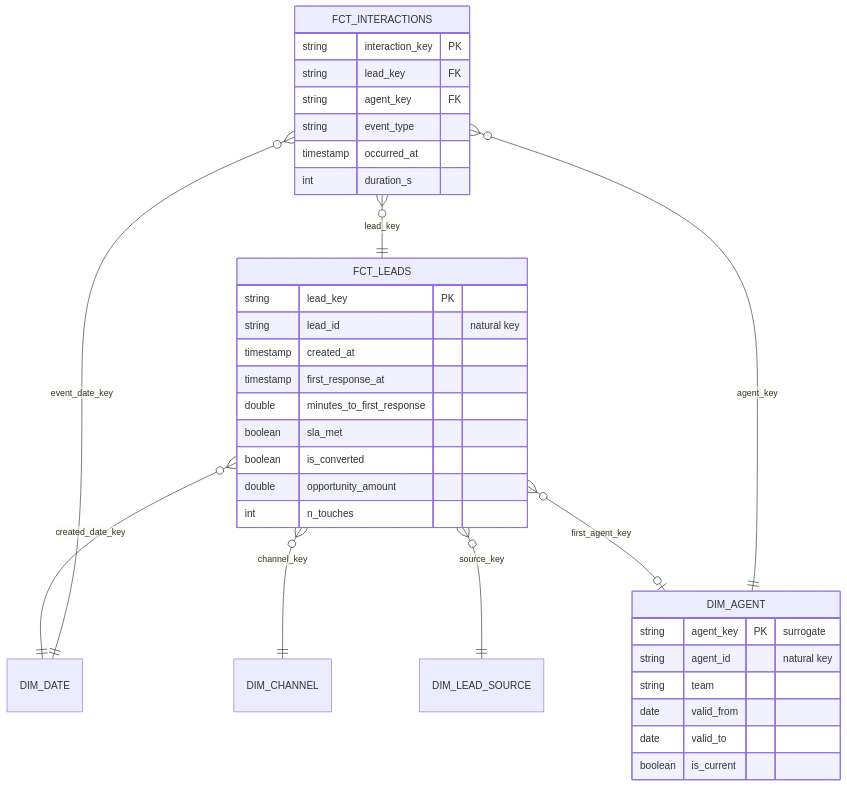
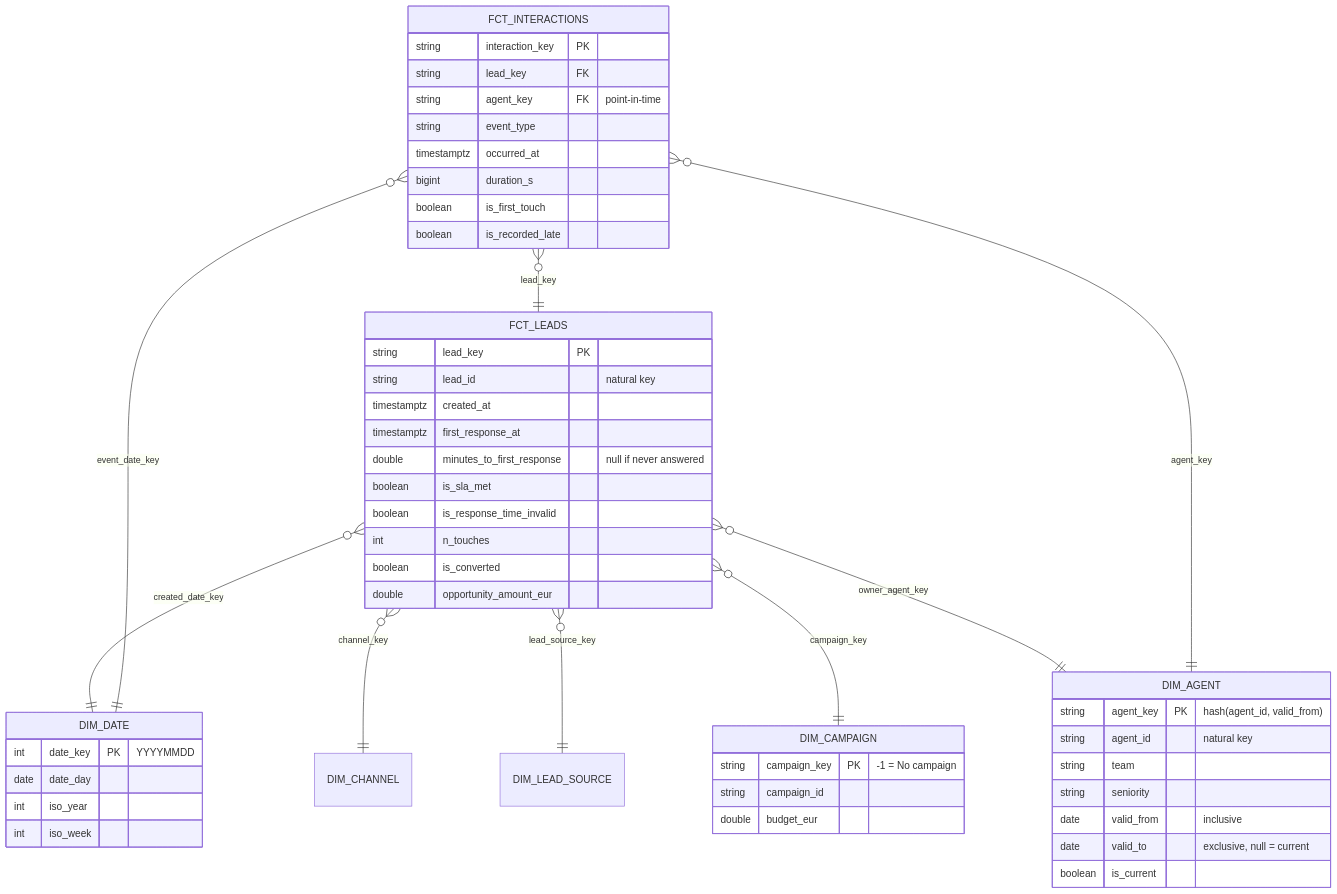
One commit to Andrielly-hsc/lead-funnel-analytics changed the second of 3 diagrams in docs/ARCHITECTURE.md. Above: the diagram before and after it, drawn with Mermaid. The commit also changed other lines of this file and 14 other files, not shown here.

````diff
--- a/docs/ARCHITECTURE.md
+++ b/docs/ARCHITECTURE.md
@@ -204,38 +207,54 @@
 ```mermaid
 erDiagram
     FCT_LEADS }o--|| DIM_DATE : created_date_key
     FCT_LEADS }o--|| DIM_CHANNEL : channel_key
-    FCT_LEADS }o--|| DIM_LEAD_SOURCE : source_key
-    FCT_LEADS }o--o| DIM_AGENT : first_agent_key
+    FCT_LEADS }o--|| DIM_LEAD_SOURCE : lead_source_key
+    FCT_LEADS }o--|| DIM_CAMPAIGN : campaign_key
+    FCT_LEADS }o--|| DIM_AGENT : owner_agent_key
     FCT_INTERACTIONS }o--|| FCT_LEADS : lead_key
     FCT_INTERACTIONS }o--|| DIM_AGENT : agent_key
     FCT_INTERACTIONS }o--|| DIM_DATE : event_date_key
 
     FCT_LEADS {
         string lead_key PK
         string lead_id "natural key"
-        timestamp created_at
-        timestamp first_response_at
-        double minutes_to_first_response
-        boolean sla_met
+        timestamptz created_at
+        timestamptz first_response_at
+        double minutes_to_first_response "null if never answered"
+        boolean is_sla_met
+        boolean is_response_time_invalid
+        int n_touches
         boolean is_converted
-        double opportunity_amount
-        int n_touches
+        double opportunity_amount_eur
     }
     FCT_INTERACTIONS {
         string interaction_key PK
         string lead_key FK
-        string agent_key FK
+        string agent_key FK "point-in-time"
         string event_type
-        timestamp occurred_at
-        int duration_s
+        timestamptz occurred_at
+        bigint duration_s
+        boolean is_first_touch
+        boolean is_recorded_late
     }
     DIM_AGENT {
-        string agent_key PK "surrogate"
+        string agent_key PK "hash(agent_id, valid_from)"
         string agent_id "natural key"
         string team
-        date valid_from
-        date valid_to
+        string seniority
+        date valid_from "inclusive"
+        date valid_to "exclusive, null = current"
         boolean is_current
     }
+    DIM_CAMPAIGN {
+        string campaign_key PK "-1 = No campaign"
+        string campaign_id
+        double budget_eur
+    }
+    DIM_DATE {
+        int date_key PK "YYYYMMDD"
+        date date_day
+        int iso_year
+        int iso_week
+    }
 ```
````
